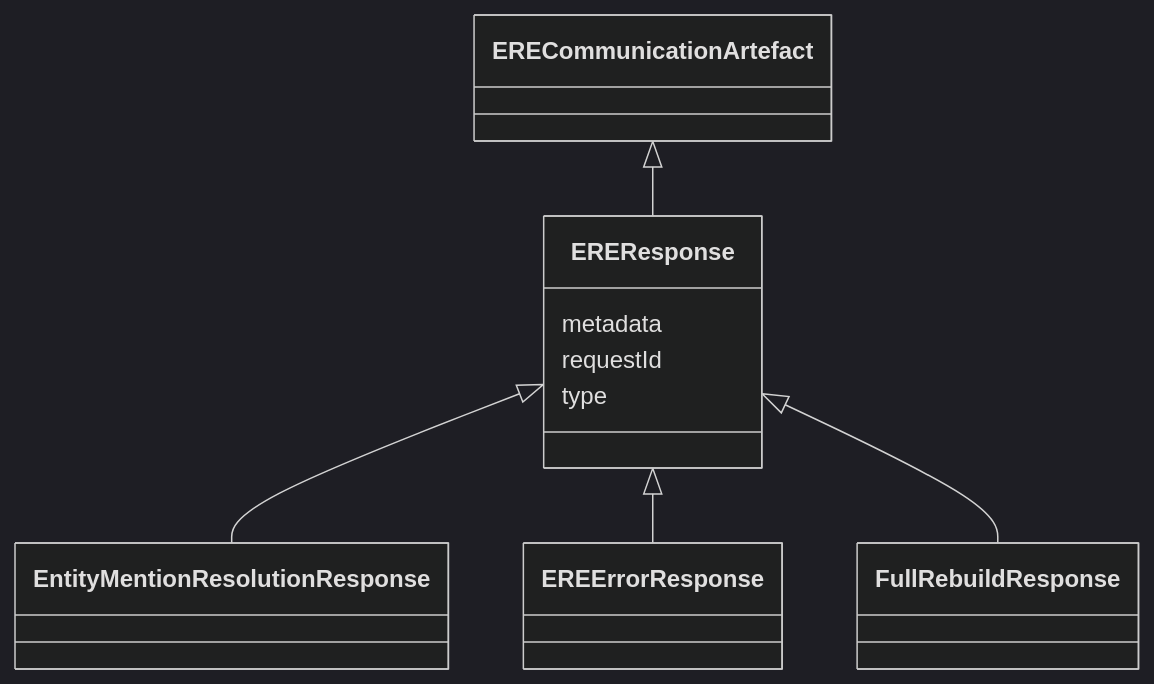
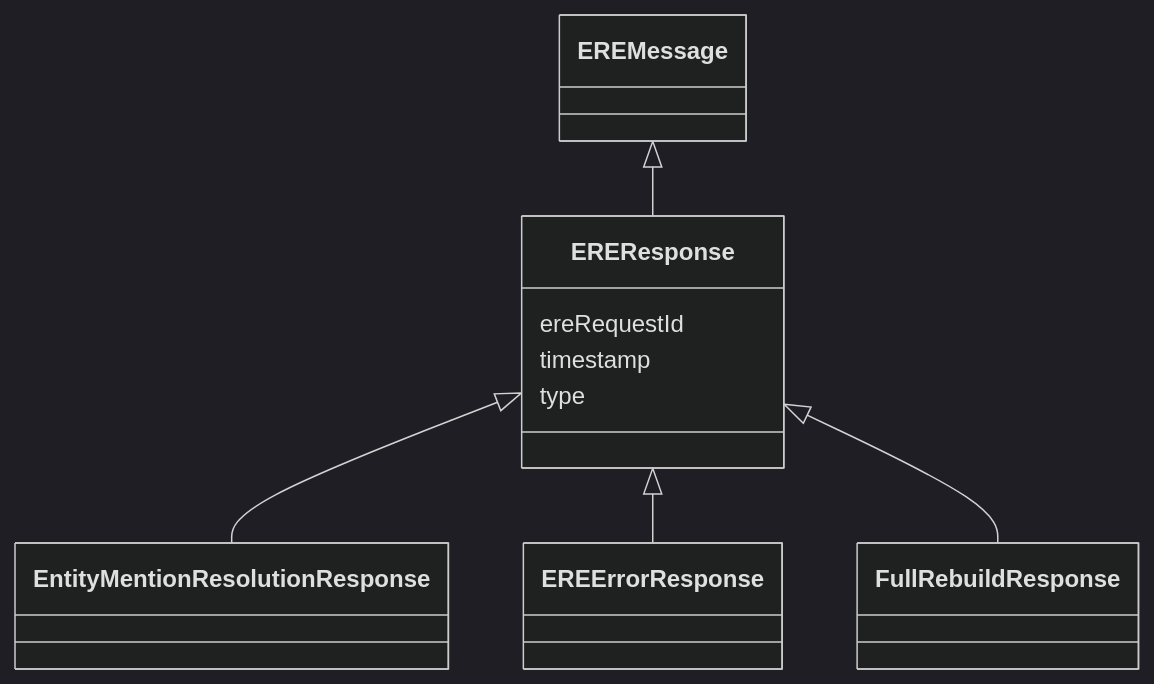
The diagram in docs/schema/EREResponse.md (OP-TED/entity-resolution-spec), drawn with Mermaid (dark theme) before and after one commit. The commit also changed other lines of this file and 46 other files, not shown here.

````diff
--- a/docs/schema/EREResponse.md
+++ b/docs/schema/EREResponse.md
@@ -22,24 +22,24 @@
 ```mermaid
  classDiagram
     class EREResponse
     click EREResponse href "../EREResponse/"
-      ERECommunicationArtefact <|-- EREResponse
-        click ERECommunicationArtefact href "../ERECommunicationArtefact/"
+      EREMessage <|-- EREResponse
+        click EREMessage href "../EREMessage/"
       
 
       EREResponse <|-- EntityMentionResolutionResponse
         click EntityMentionResolutionResponse href "../EntityMentionResolutionResponse/"
       EREResponse <|-- EREErrorResponse
         click EREErrorResponse href "../EREErrorResponse/"
       EREResponse <|-- FullRebuildResponse
         click FullRebuildResponse href "../FullRebuildResponse/"
       
 
-      EREResponse : metadata
+      EREResponse : ereRequestId
         
-      EREResponse : requestId
+      EREResponse : timestamp
         
       EREResponse : type
         
       
 ```
````
